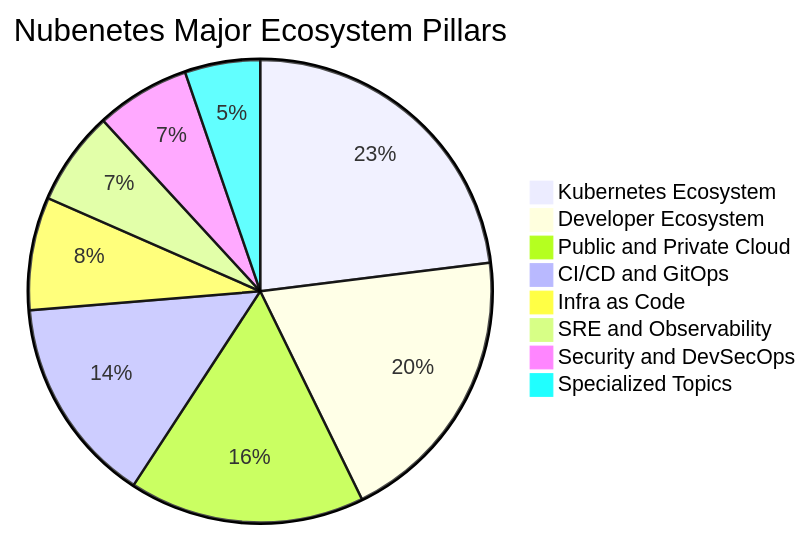
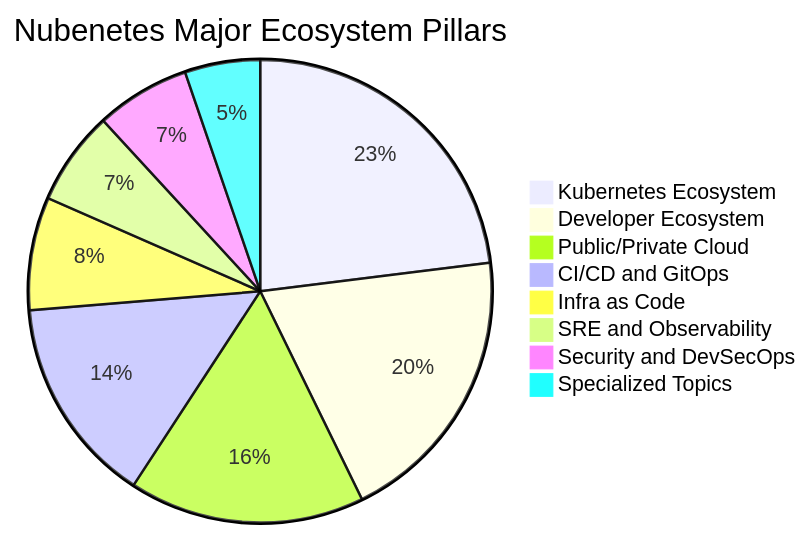
Before and after one commit to nubenetes/awesome-kubernetes: the first of 10 diagrams in README.md, drawn with Mermaid. The commit also changed other lines of this file, not shown here.

````diff
--- a/README.md
+++ b/README.md
@@ -185,11 +185,11 @@
 ```mermaid
 pie title Nubenetes Major Ecosystem Pillars
     "Kubernetes Ecosystem" : 3500
     "Developer Ecosystem" : 3000
-    "Public and Private Cloud" : 2500
+    "Public/Private Cloud" : 2500
     "CI/CD and GitOps" : 2200
     "Infra as Code" : 1200
     "SRE and Observability" : 1000
     "Security and DevSecOps" : 1000
     "Specialized Topics" : 800
 ```
````
